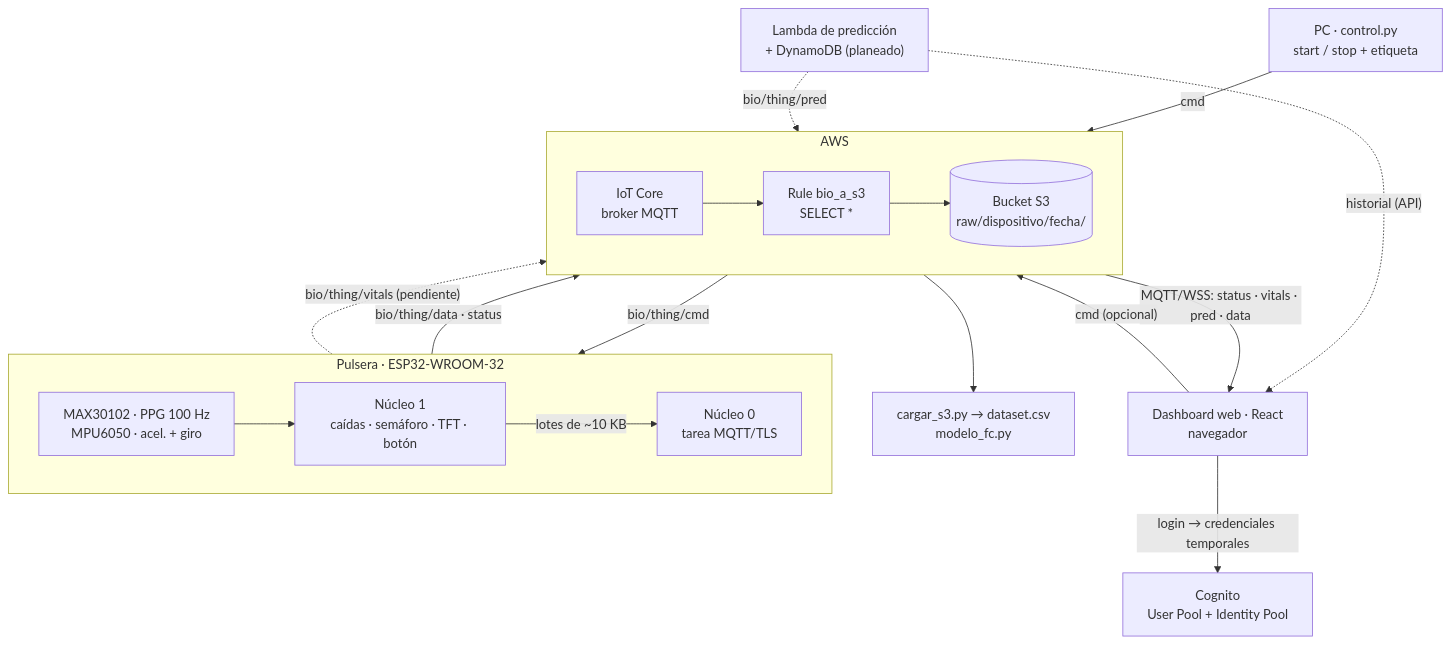
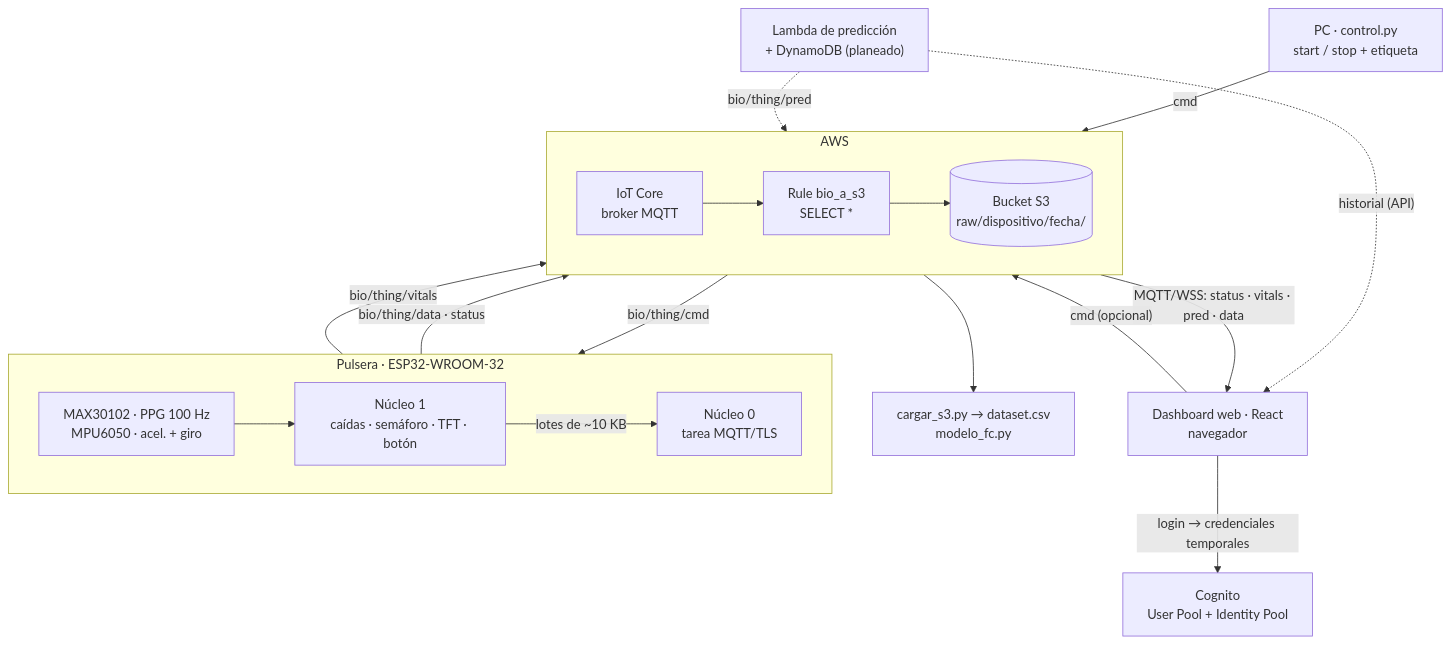
One commit to felisfer/pulso-seguro changed the first of 2 diagrams in README.md. Above: the diagram before and after it, drawn with Mermaid. The commit also changed other lines of this file and 9 other files, not shown here.

````diff
--- a/README.md
+++ b/README.md
@@ -38,34 +38,34 @@
 ```mermaid
 flowchart TB
     subgraph Pulsera["Pulsera · ESP32-WROOM-32"]
         direction LR
         S["MAX30102 · PPG 100 Hz<br/>MPU6050 · acel. + giro"]
         N1["Núcleo 1<br/>caídas · semáforo · TFT · botón"]
         N0["Núcleo 0<br/>tarea MQTT/TLS"]
         S --> N1
         N1 -- "lotes de ~10 KB" --> N0
     end
     subgraph AWS["AWS"]
         direction LR
         IoT["IoT Core<br/>broker MQTT"]
         Rule["Rule bio_a_s3<br/>SELECT *"]
         S3[("Bucket S3<br/>raw/dispositivo/fecha/")]
         IoT --> Rule --> S3
     end
     PC["PC · control.py<br/>start / stop + etiqueta"]
     ML["cargar_s3.py → dataset.csv<br/>modelo_fc.py"]
     Web["Dashboard web · React<br/>navegador"]
     Cog["Cognito<br/>User Pool + Identity Pool"]
     Pred["Lambda de predicción<br/>+ DynamoDB (planeado)"]
 
     N0 -- "bio/thing/data · status" --> IoT
-    N0 -. "bio/thing/vitals (pendiente)" .-> IoT
+    N0 -- "bio/thing/vitals" --> IoT
     IoT -- "bio/thing/cmd" --> N0
     PC -- "cmd" --> IoT
     S3 --> ML
     Web -- "login → credenciales temporales" --> Cog
     IoT -- "MQTT/WSS: status · vitals · pred · data" --> Web
     Web -- "cmd (opcional)" --> IoT
     Pred -. "bio/thing/pred" .-> IoT
     Pred -. "historial (API)" .-> Web
 ```
````
